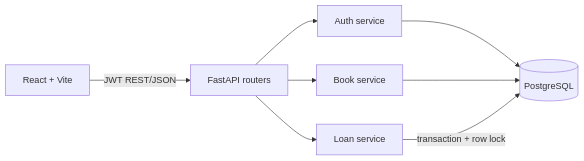
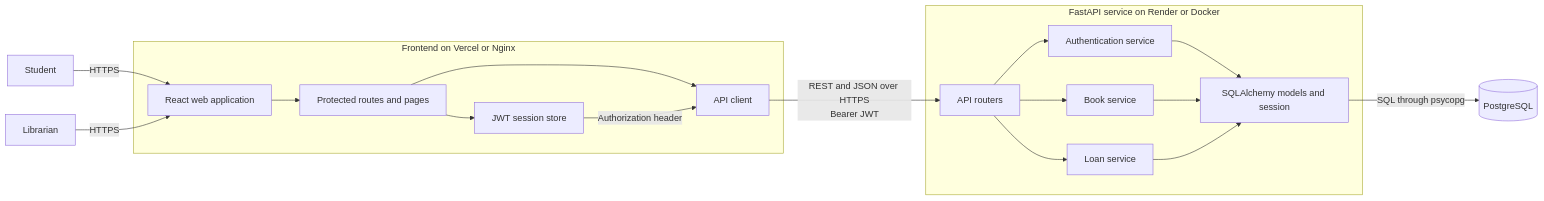
Before and after one commit to KNIGHTKRUBPOM/sdpx-torpai: the diagram in docs/architecture.md, drawn with Mermaid. The commit also changed other lines of this file and 27 other files, not shown here.

````diff
--- a/docs/architecture.md
+++ b/docs/architecture.md
@@ -3,10 +5,29 @@
 ```mermaid
 flowchart LR
-  Browser[React + Vite] -->|JWT REST/JSON| API[FastAPI routers]
-  API --> Auth[Auth service]
-  API --> Catalog[Book service]
-  API --> Loans[Loan service]
-  Auth --> DB[(PostgreSQL)]
-  Catalog --> DB
-  Loans -->|transaction + row lock| DB
+  Student[Student] -->|HTTPS| Browser[React web application]
+  Librarian[Librarian] -->|HTTPS| Browser
+
+  subgraph Frontend[Frontend on Vercel or Nginx]
+    Browser --> Routes[Protected routes and pages]
+    Routes --> Client[API client]
+    Routes --> Session[JWT session store]
+  end
+
+  subgraph Backend[FastAPI service on Render or Docker]
+    API[API routers]
+    Auth[Authentication service]
+    Catalog[Book service]
+    Loans[Loan service]
+    ORM[SQLAlchemy models and session]
+    API --> Auth
+    API --> Catalog
+    API --> Loans
+    Auth --> ORM
+    Catalog --> ORM
+    Loans --> ORM
+  end
+
+  Client -->|REST and JSON over HTTPS<br/>Bearer JWT| API
+  Session -->|Authorization header| Client
+  ORM -->|SQL through psycopg| DB[(PostgreSQL)]
 ```
````
